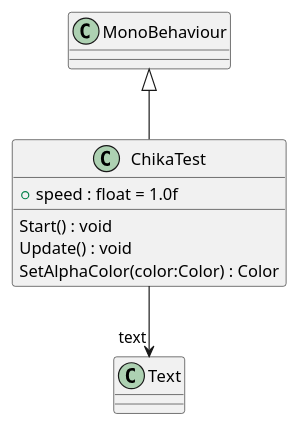
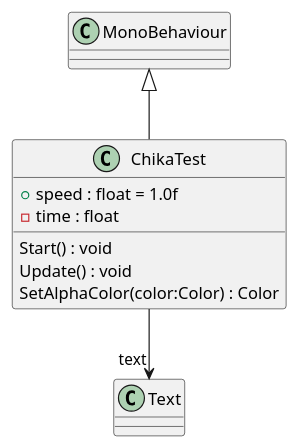
Before and after one commit to 202004g07/UnityShooting: the diagram in Assets/Scripts/plantuml/UIs/ChikaTest.puml, drawn with PlantUML. The commit also changed 23 other files, not shown here.

```diff
--- a/Assets/Scripts/plantuml/UIs/ChikaTest.puml
+++ b/Assets/Scripts/plantuml/UIs/ChikaTest.puml
@@ -1,10 +1,11 @@
 @startuml
 class ChikaTest {
     + speed : float = 1.0f
+    - time : float
     Start() : void
     Update() : void
     SetAlphaColor(color:Color) : Color
 }
 MonoBehaviour <|-- ChikaTest
 ChikaTest --> "text" Text
 @enduml
```
